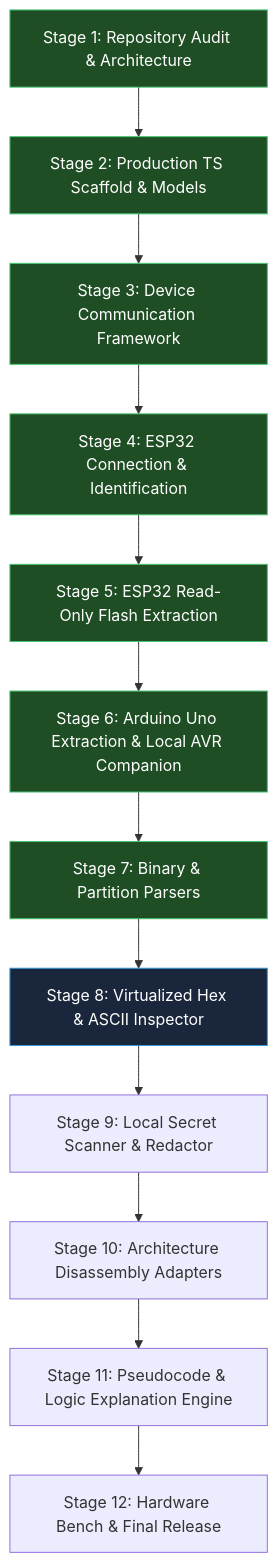
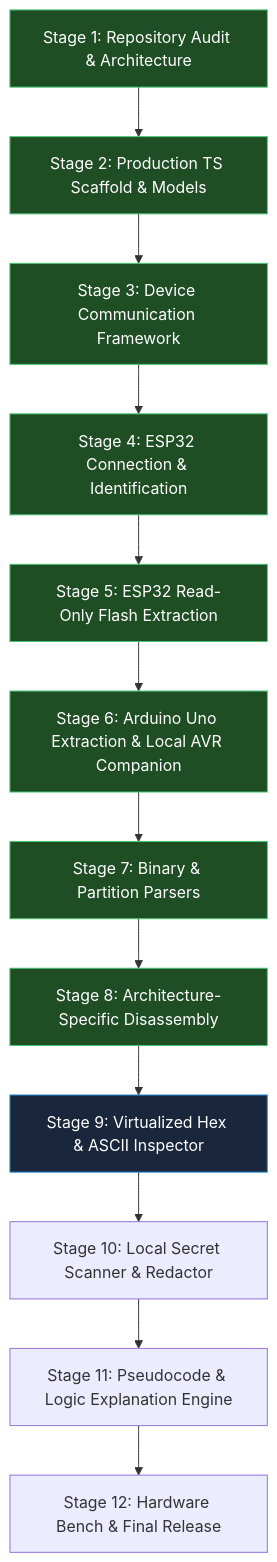
Before and after one commit to sfelixandrew/MICROCODE: the diagram in docs/progress.md, drawn with Mermaid. The commit also changed other lines of this file and 15 other files, not shown here.

Commit message:
feat(stage-8): architecture-specific disassembly adapters and assembly viewer

````diff
--- a/docs/progress.md
+++ b/docs/progress.md
@@ -5,24 +5,24 @@
 ```mermaid
 flowchart TD
     S1["Stage 1: Repository Audit & Architecture"] --> S2["Stage 2: Production TS Scaffold & Models"]
     S2 --> S3["Stage 3: Device Communication Framework"]
     S3 --> S4["Stage 4: ESP32 Connection & Identification"]
     S4 --> S5["Stage 5: ESP32 Read-Only Flash Extraction"]
     S5 --> S6["Stage 6: Arduino Uno Extraction & Local AVR Companion"]
     S6 --> S7["Stage 7: Binary & Partition Parsers"]
-    S7 --> S8["Stage 8: Virtualized Hex & ASCII Inspector"]
-    S8 --> S9["Stage 9: Local Secret Scanner & Redactor"]
-    S9 --> S10["Stage 10: Architecture Disassembly Adapters"]
+    S7 --> S8["Stage 8: Architecture-Specific Disassembly"]
+    S8 --> S9["Stage 9: Virtualized Hex & ASCII Inspector"]
+    S9 --> S10["Stage 10: Local Secret Scanner & Redactor"]
     S10 --> S11["Stage 11: Pseudocode & Logic Explanation Engine"]
     S11 --> S12["Stage 12: Hardware Bench & Final Release"]
 
-    style S1 fill:#1f4e24,stroke:#48c774,color:#fff
     style S1 fill:#1f4e24,stroke:#48c774,color:#fff
     style S2 fill:#1f4e24,stroke:#48c774,color:#fff
     style S3 fill:#1f4e24,stroke:#48c774,color:#fff
     style S4 fill:#1f4e24,stroke:#48c774,color:#fff
     style S5 fill:#1f4e24,stroke:#48c774,color:#fff
     style S6 fill:#1f4e24,stroke:#48c774,color:#fff
     style S7 fill:#1f4e24,stroke:#48c774,color:#fff
-    style S8 fill:#1a263b,stroke:#3298dc,color:#fff
+    style S8 fill:#1f4e24,stroke:#48c774,color:#fff
+    style S9 fill:#1a263b,stroke:#3298dc,color:#fff
 ```
````
